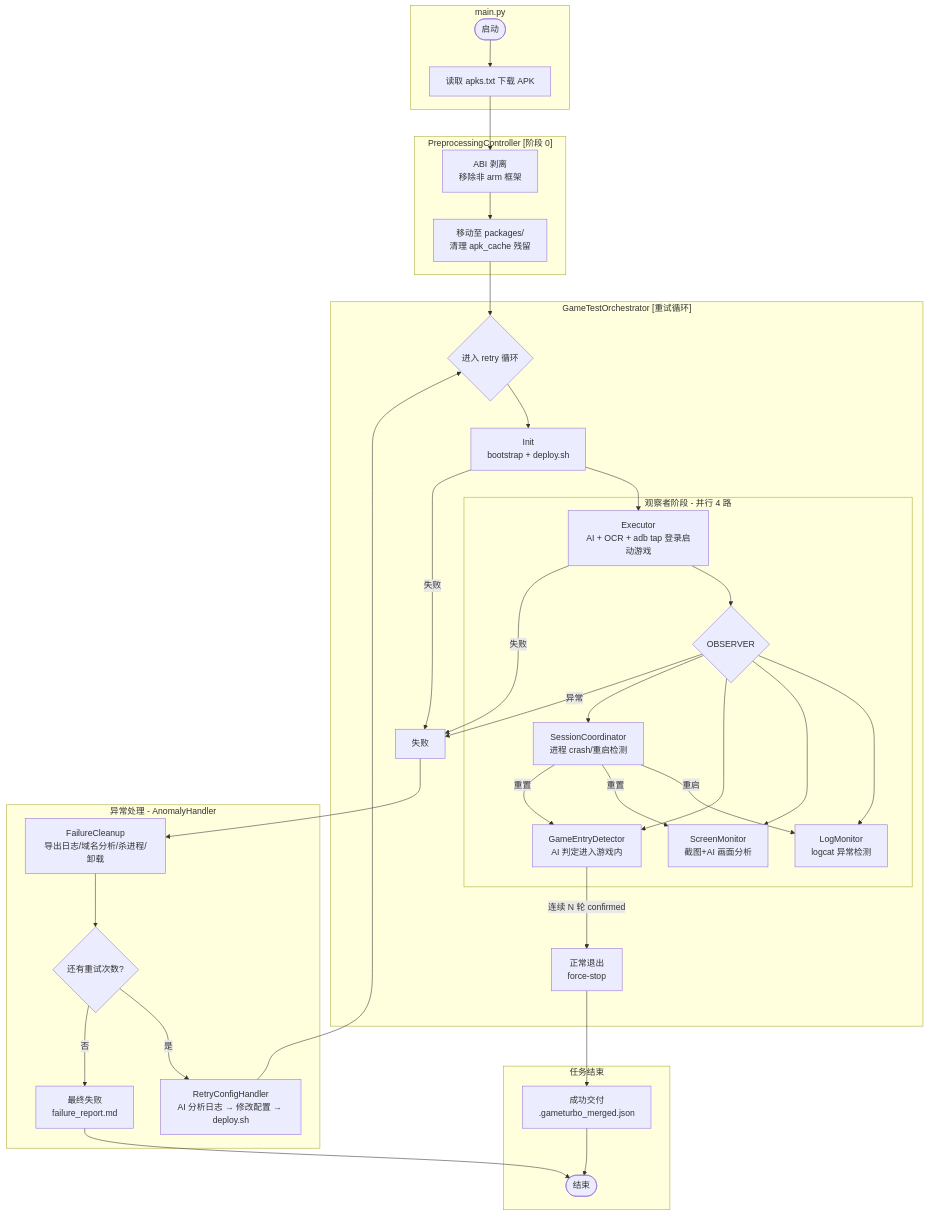
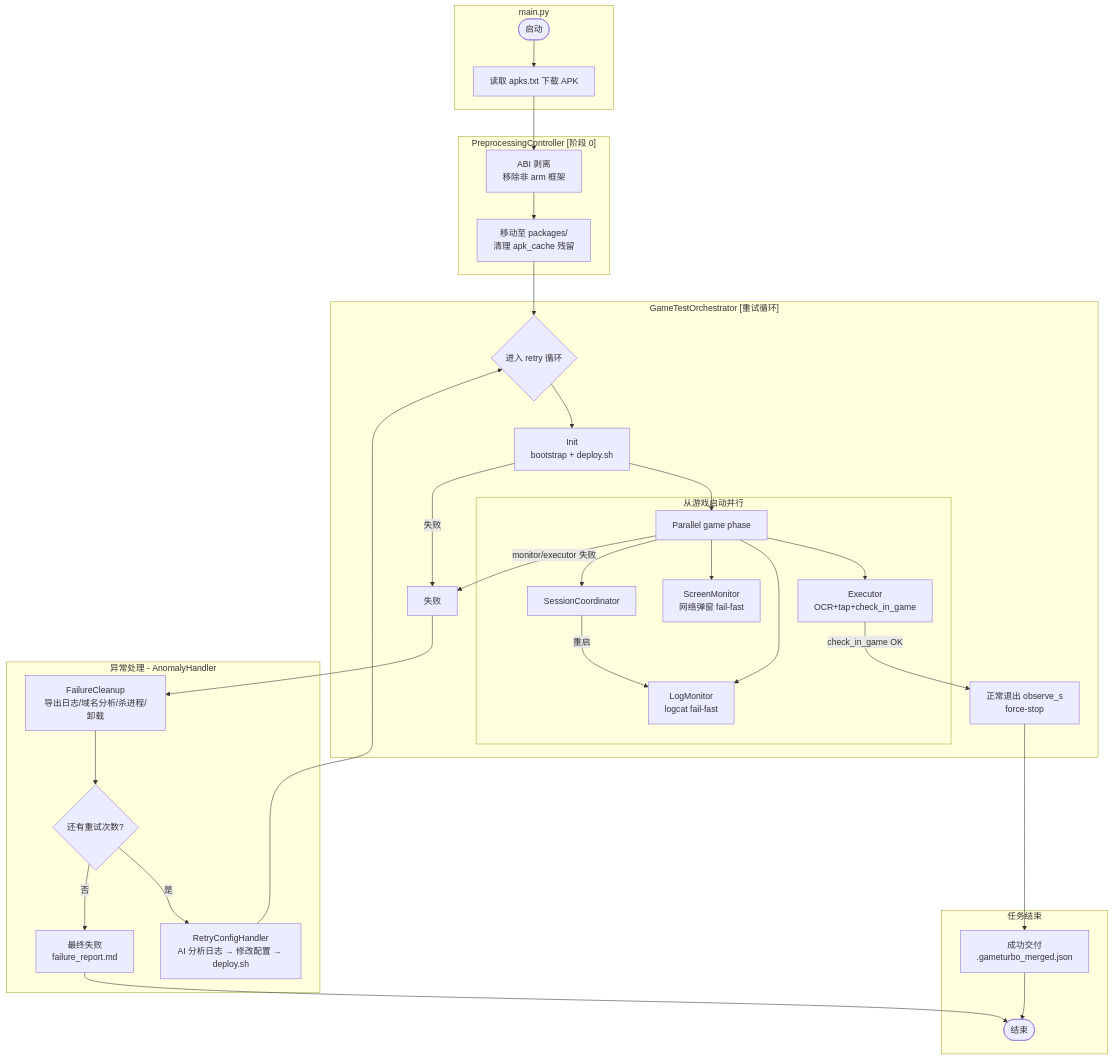
The first of 2 diagrams in README.md (WartDipara/ai-test-workflow), drawn with Mermaid before and after one commit. The commit also changed other lines of this file and 26 other files, not shown here.

Commit message:
change: parallel executor, wait tools, tool shell

````diff
--- a/README.md
+++ b/README.md
@@ -19,48 +21,44 @@
 ```mermaid
 graph TD
   subgraph "main.py"
     START([启动]) --> PREPROCESSING
   end
 
   subgraph "PreprocessingController [阶段 0]"
     PREPROCESSING[读取 apks.txt 下载 APK]
     PREPROCESSING --> STRIP[ABI 剥离<br/>移除非 arm 框架]
     STRIP --> MOVE[移动至 packages/<br/>清理 apk_cache 残留]
   end
 
   subgraph "GameTestOrchestrator [重试循环]"
     MOVE --> RETRY_LOOP{进入 retry 循环}
     RETRY_LOOP --> INIT[Init<br/>bootstrap + deploy.sh]
-    INIT --> EXECUTOR[Executor<br/>AI + OCR + adb tap 登录启动游戏]
+    INIT --> PARALLEL[Parallel game phase]
 
-    subgraph "观察者阶段 - 并行 4 路"
-      EXECUTOR --> OBSERVER{OBSERVER}
-      OBSERVER --> LM[LogMonitor<br/>logcat 异常检测]
-      OBSERVER --> SM[ScreenMonitor<br/>截图+AI 画面分析]
-      OBSERVER --> GE[GameEntryDetector<br/>AI 判定进入游戏内]
-      OBSERVER --> SC[SessionCoordinator<br/>进程 crash/重启检测]
+    subgraph "从游戏启动并行"
+      PARALLEL --> EX[Executor<br/>OCR+tap+check_in_game]
+      PARALLEL --> LM[LogMonitor<br/>logcat fail-fast]
+      PARALLEL --> SM[ScreenMonitor<br/>网络弹窗 fail-fast]
+      PARALLEL --> SC[SessionCoordinator]
       SC -->|重启| LM
-      SC -->|重置| SM
-      SC -->|重置| GE
     end
 
-    GE -->|连续 N 轮 confirmed| NORMAL_EXIT[正常退出<br/>force-stop]
-    OBSERVER -->|异常| FAILURE[失败]
-    EXECUTOR -->|失败| FAILURE
+    EX -->|check_in_game OK| NORMAL_EXIT[正常退出 observe_s<br/>force-stop]
+    PARALLEL -->|monitor/executor 失败| FAILURE[失败]
     INIT -->|失败| FAILURE
   end
 
   subgraph "异常处理 - AnomalyHandler"
     FAILURE --> CLEANUP[FailureCleanup<br/>导出日志/域名分析/杀进程/卸载]
     CLEANUP --> RETRY{还有重试次数?}
     RETRY -->|是| MODIFY[RetryConfigHandler<br/>AI 分析日志 → 修改配置 → deploy.sh]
     MODIFY --> RETRY_LOOP
     RETRY -->|否| FINAL_FAIL[最终失败<br/>failure_report.md]
   end
 
   subgraph "任务结束"
     NORMAL_EXIT --> SUCCESS[成功交付<br/>.gameturbo_merged.json]
     SUCCESS --> END([结束])
     FINAL_FAIL --> END
   end
 ```
````
